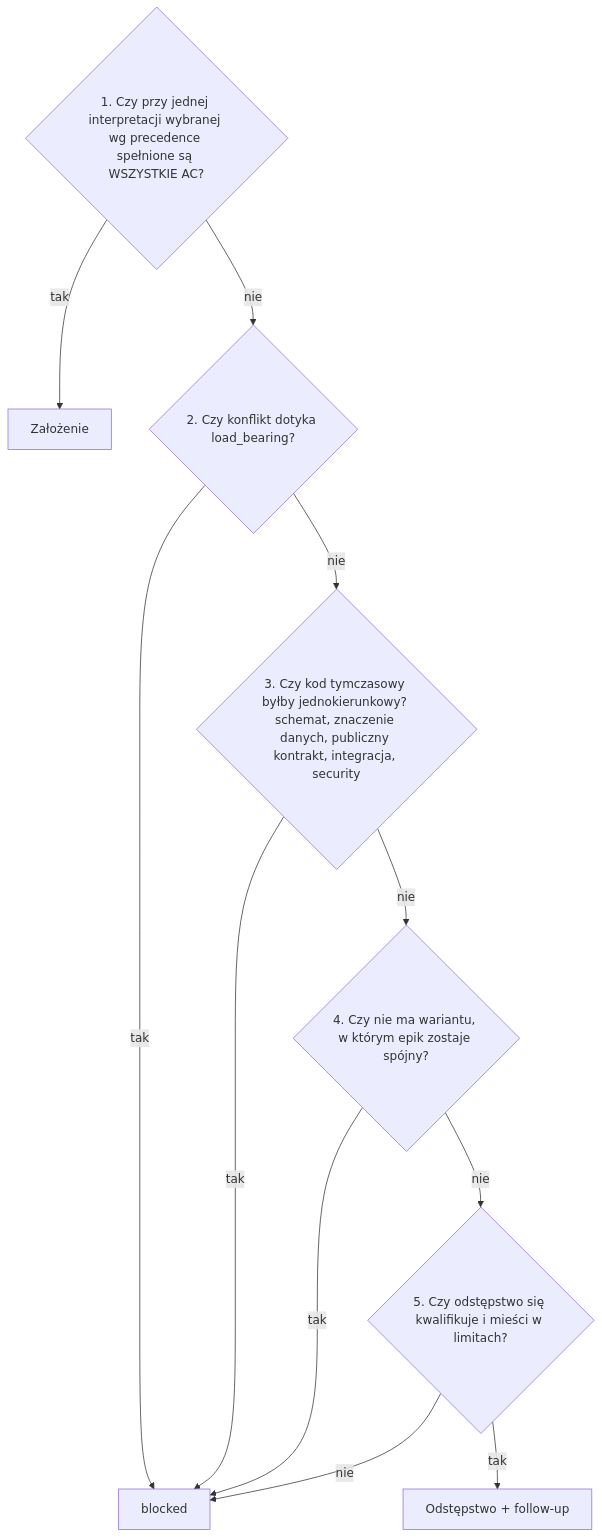
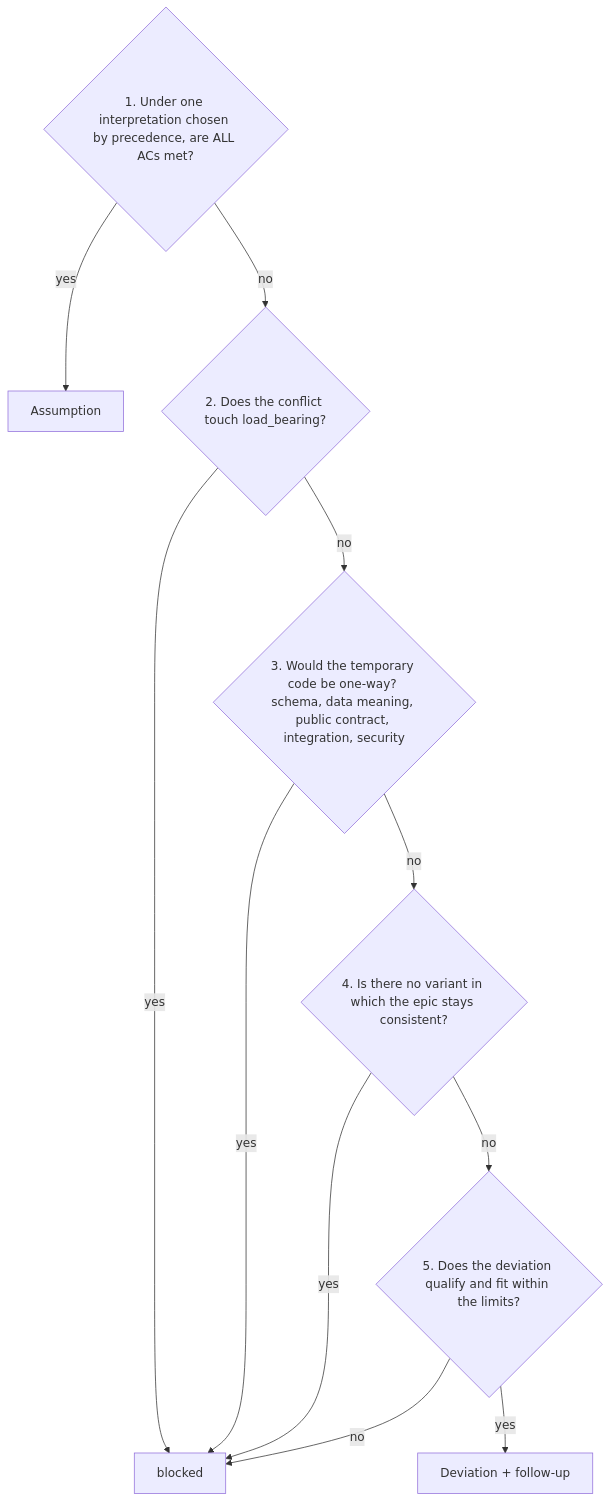
One commit to pioziol123/ofertorix-rekrutus changed the second of 4 diagrams in docs/proces-implementacji.md. Above: the diagram before and after it, drawn with Mermaid. The commit also changed other lines of this file and 126 other files, not shown here.

````diff
--- a/docs/proces-implementacji.md
+++ b/docs/proces-implementacji.md
@@ -230,14 +230,14 @@
 ```mermaid
 flowchart TD
-  Q1{"1. Czy przy jednej interpretacji wybranej wg precedence spełnione są WSZYSTKIE AC?"}
-  Q1 -- tak --> ASM[Założenie]
-  Q1 -- nie --> Q2{"2. Czy konflikt dotyka load_bearing?"}
-  Q2 -- tak --> BL[blocked]
-  Q2 -- nie --> Q3{"3. Czy kod tymczasowy byłby jednokierunkowy? schemat, znaczenie danych, publiczny kontrakt, integracja, security"}
-  Q3 -- tak --> BL
-  Q3 -- nie --> Q4{"4. Czy nie ma wariantu, w którym epik zostaje spójny?"}
-  Q4 -- tak --> BL
-  Q4 -- nie --> Q5{"5. Czy odstępstwo się kwalifikuje i mieści w limitach?"}
-  Q5 -- tak --> DEV[Odstępstwo + follow-up]
-  Q5 -- nie --> BL
+  Q1{"1. Under one interpretation chosen by precedence, are ALL ACs met?"}
+  Q1 -- yes --> ASM[Assumption]
+  Q1 -- no --> Q2{"2. Does the conflict touch load_bearing?"}
+  Q2 -- yes --> BL[blocked]
+  Q2 -- no --> Q3{"3. Would the temporary code be one-way? schema, data meaning, public contract, integration, security"}
+  Q3 -- yes --> BL
+  Q3 -- no --> Q4{"4. Is there no variant in which the epic stays consistent?"}
+  Q4 -- yes --> BL
+  Q4 -- no --> Q5{"5. Does the deviation qualify and fit within the limits?"}
+  Q5 -- yes --> DEV[Deviation + follow-up]
+  Q5 -- no --> BL
 ```
````
